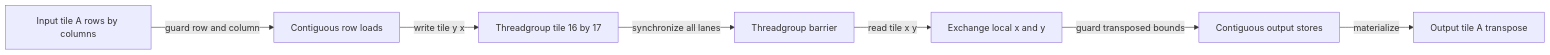
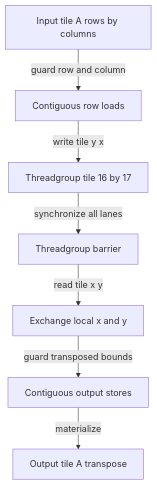
One commit to videlalvaro/leet-llm changed the diagram in Problems/003-transpose-and-tiled-copy/README.md. Above: the diagram before and after it, drawn with Mermaid. The commit also changed 23 other files, not shown here.

````diff
--- a/Problems/003-transpose-and-tiled-copy/README.md
+++ b/Problems/003-transpose-and-tiled-copy/README.md
@@ -211,9 +211,9 @@
 ```mermaid {#p003-tiled-transpose-copy}
-flowchart LR
+flowchart TD
   Input["Input tile A rows by columns"] -->|"guard row and column"| Load["Contiguous row loads"]
   Load -->|"write tile y x"| Scratch["Threadgroup tile 16 by 17"]
   Scratch -->|"synchronize all lanes"| Barrier["Threadgroup barrier"]
   Barrier -->|"read tile x y"| Swap["Exchange local x and y"]
   Swap -->|"guard transposed bounds"| Store["Contiguous output stores"]
   Store -->|"materialize"| Output["Output tile A transpose"]
 ```
````
